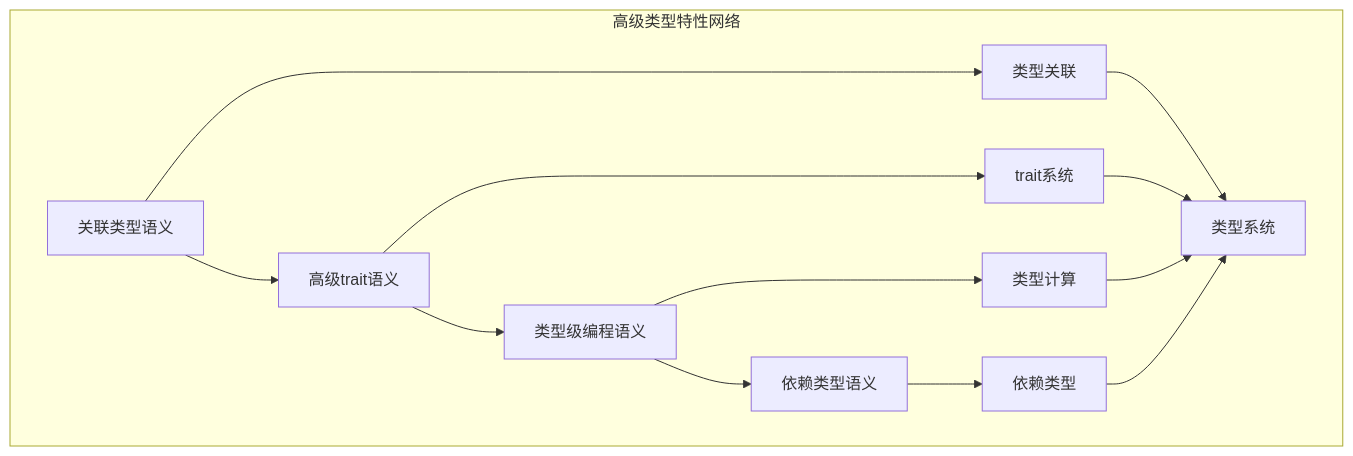
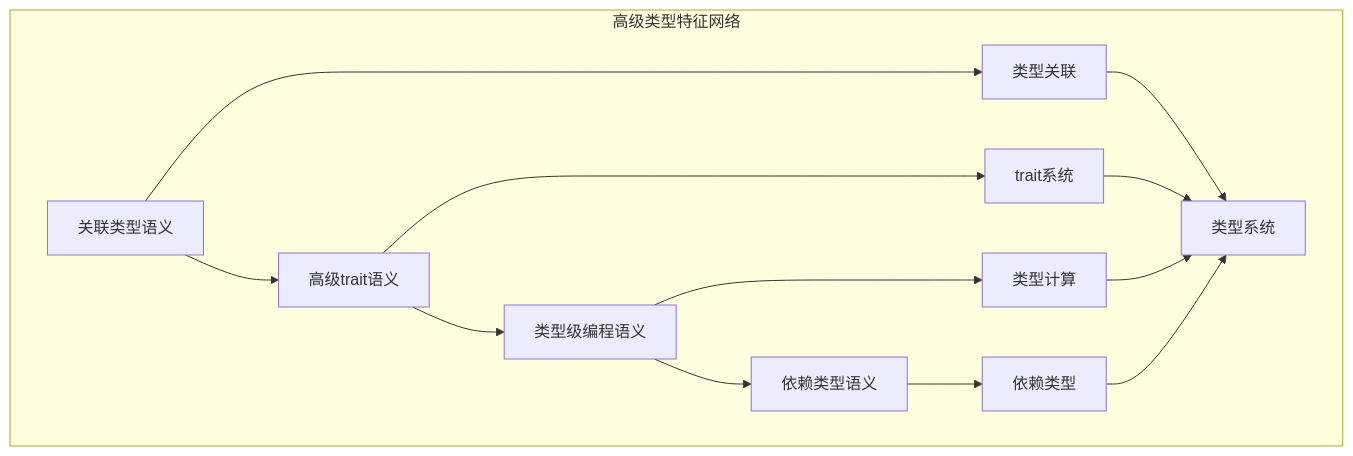
One commit to martin-ly/rust-lang changed the diagram in formal_rust/refactor/01_core_theory/04_advanced_semantics/02_advanced_type_features/00_index.md. Above: the diagram before and after it, drawn with Mermaid. The commit also changed other lines of this file and 5740 other files, not shown here.

````diff
--- a/formal_rust/refactor/01_core_theory/04_advanced_semantics/02_advanced_type_features/00_index.md
+++ b/formal_rust/refactor/01_core_theory/04_advanced_semantics/02_advanced_type_features/00_index.md
@@ -83,18 +83,18 @@
 ```mermaid
 graph TB
-    subgraph "高级类型特性网络"
+    subgraph "高级类型特征网络"
         A[关联类型语义] --> B[高级trait语义]
         B --> C[类型级编程语义]
         C --> D[依赖类型语义]
         
         A --> E[类型关联]
         B --> F[trait系统]
         C --> G[类型计算]
         D --> H[依赖类型]
         
         E --> I[类型系统]
         F --> I
         G --> I
         H --> I
     end
 ```
````
